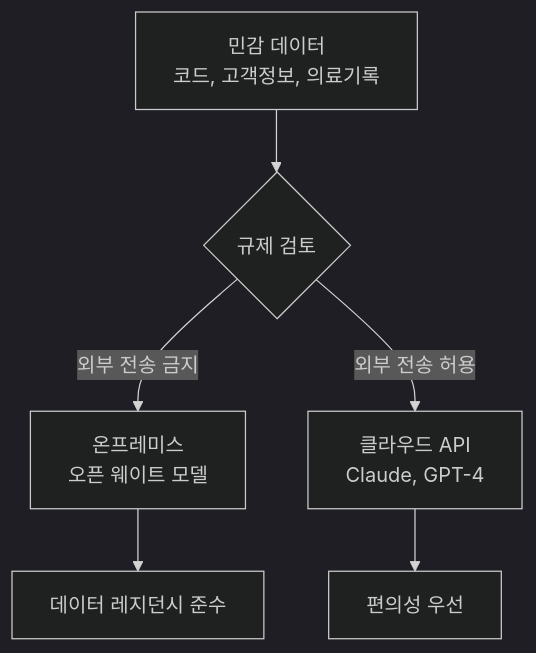
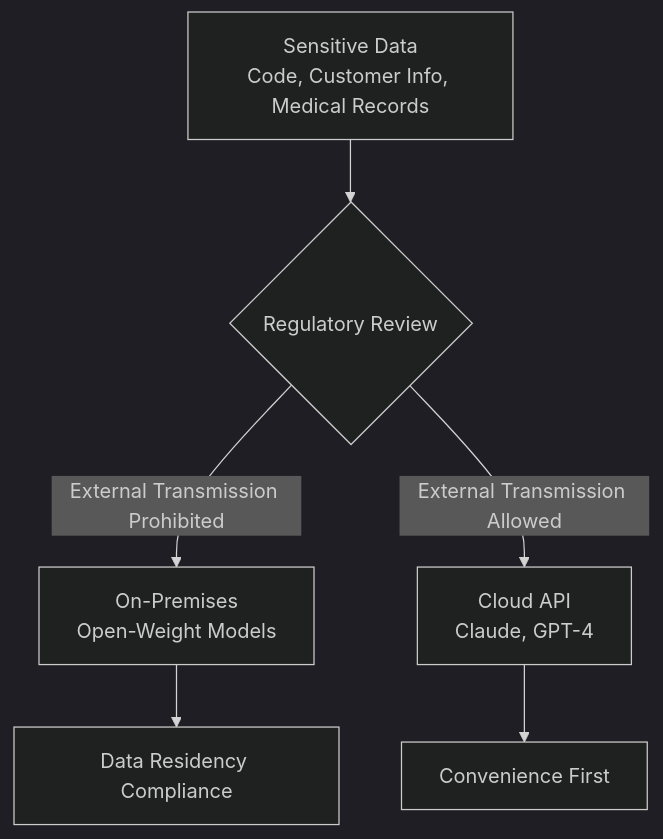
Before and after one commit to devfloor9/engineering-playbook: the first of 4 diagrams in docs/aidlc/toolchain/open-weight-models.md, drawn with Mermaid (dark theme). The commit also changed other lines of this file and 954 other files, not shown here.

````diff
--- a/docs/aidlc/toolchain/open-weight-models.md
+++ b/docs/aidlc/toolchain/open-weight-models.md
@@ -32,8 +32,8 @@
 ```mermaid
 graph TD
-    A[민감 데이터<br/>코드, 고객정보, 의료기록] --> B{규제 검토}
-    B -->|외부 전송 금지| C[온프레미스<br/>오픈 웨이트 모델]
-    B -->|외부 전송 허용| D[클라우드 API<br/>Claude, GPT-4]
-    C --> E[데이터 레지던시 준수]
-    D --> F[편의성 우선]
+    A[Sensitive Data<br/>Code, Customer Info, Medical Records] --> B{Regulatory Review}
+    B -->|External Transmission Prohibited| C[On-Premises<br/>Open-Weight Models]
+    B -->|External Transmission Allowed| D[Cloud API<br/>Claude, GPT-4]
+    C --> E[Data Residency Compliance]
+    D --> F[Convenience First]
 ```
````
